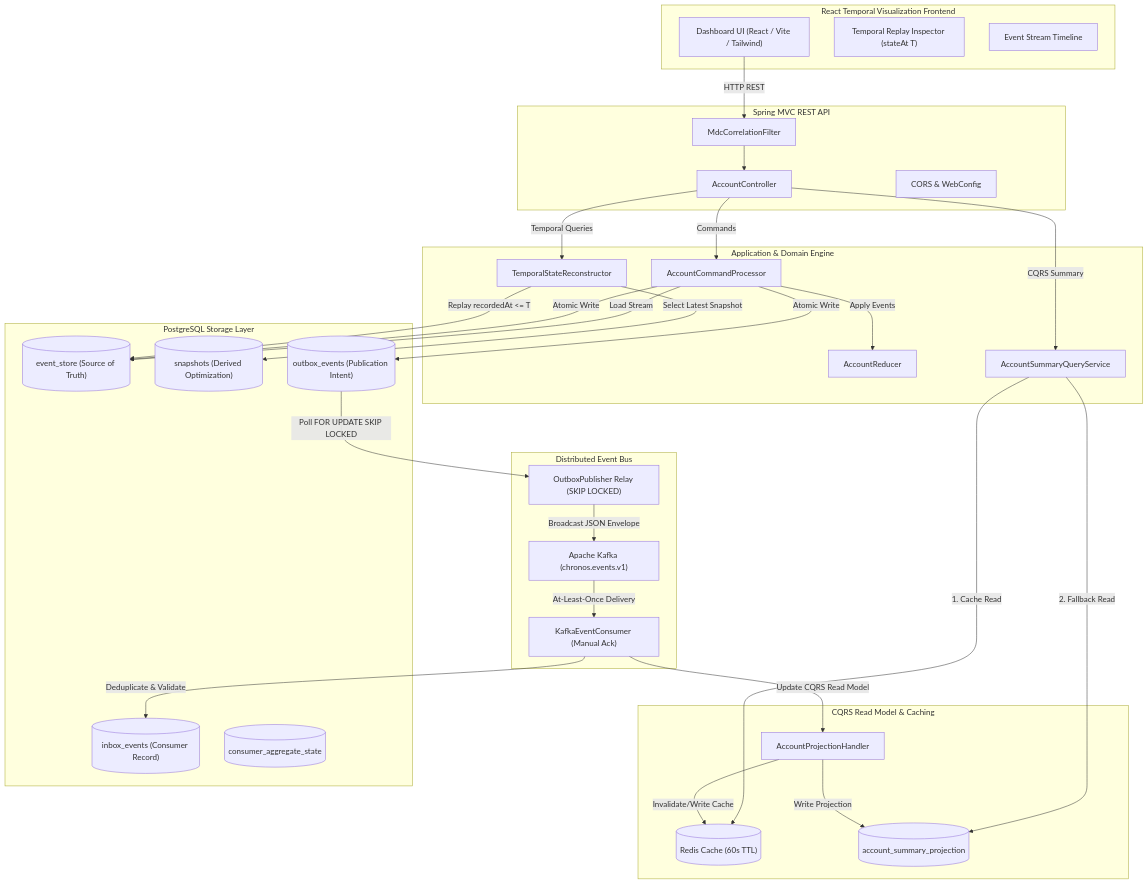
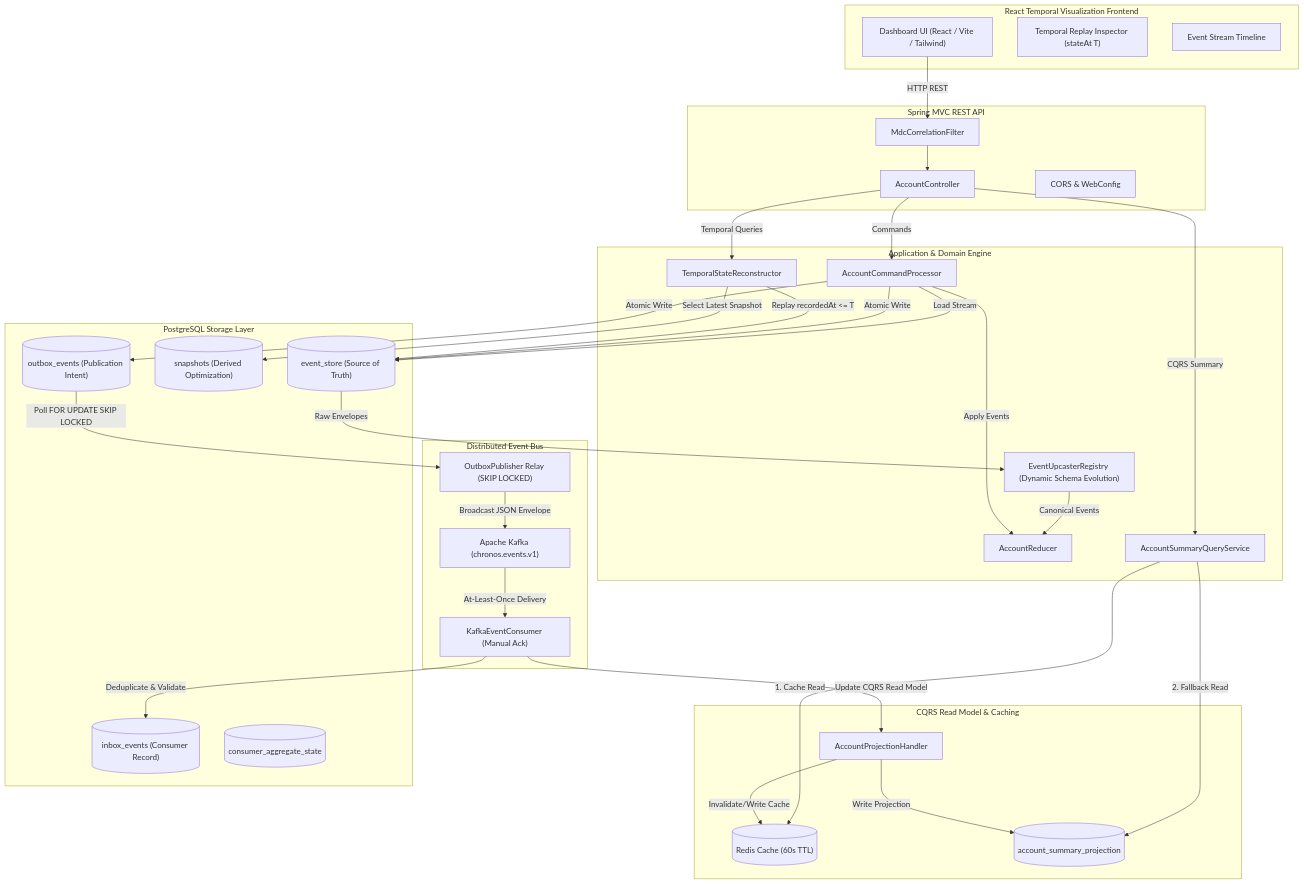
One commit to saishsanas/chronos changed the first of 2 diagrams in README.md. Above: the diagram before and after it, drawn with Mermaid. The commit also changed other lines of this file and 5 other files, not shown here.

````diff
--- a/README.md
+++ b/README.md
@@ -21,67 +21,70 @@
 ```mermaid
 flowchart TD
     subgraph UI ["React Temporal Visualization Frontend"]
         Dashboard["Dashboard UI (React / Vite / Tailwind)"]
         Inspector["Temporal Replay Inspector (stateAt T)"]
         Timeline["Event Stream Timeline"]
     end
 
     subgraph API ["Spring MVC REST API"]
         Controller["AccountController"]
         Filter["MdcCorrelationFilter"]
         WebConfig["CORS & WebConfig"]
     end
 
     subgraph DomainApp ["Application & Domain Engine"]
         Processor["AccountCommandProcessor"]
+        Upcaster["EventUpcasterRegistry (Dynamic Schema Evolution)"]
         Reducer["AccountReducer"]
         Reconstructor["TemporalStateReconstructor"]
         SummaryService["AccountSummaryQueryService"]
     end
 
     subgraph ReadModel ["CQRS Read Model & Caching"]
         RedisCache[("Redis Cache (60s TTL)")]
         ReadProjection[("account_summary_projection")]
         ProjectionHandler["AccountProjectionHandler"]
     end
 
     subgraph Persistence ["PostgreSQL Storage Layer"]
         EventStore[("event_store (Source of Truth)")]
         Snapshots[("snapshots (Derived Optimization)")]
         OutboxTable[("outbox_events (Publication Intent)")]
         InboxTable[("inbox_events (Consumer Record)")]
         SeqTable[("consumer_aggregate_state")]
     end
 
     subgraph Messaging ["Distributed Event Bus"]
         OutboxRelay["OutboxPublisher Relay (SKIP LOCKED)"]
         KafkaBus["Apache Kafka (chronos.events.v1)"]
         InboxConsumer["KafkaEventConsumer (Manual Ack)"]
     end
 
     Dashboard -->|HTTP REST| Filter
     Filter --> Controller
     Controller -->|Commands| Processor
     Controller -->|Temporal Queries| Reconstructor
     Controller -->|CQRS Summary| SummaryService
 
     SummaryService -->|1. Cache Read| RedisCache
     SummaryService -->|2. Fallback Read| ReadProjection
 
     Processor -->|Load Stream| EventStore
+    EventStore -->|Raw Envelopes| Upcaster
+    Upcaster -->|Canonical Events| Reducer
     Processor -->|Apply Events| Reducer
     Processor -->|Atomic Write| EventStore
     Processor -->|Atomic Write| OutboxTable
 
     Reconstructor -->|Select Latest Snapshot| Snapshots
     Reconstructor -->|Replay recordedAt <= T| EventStore
 
     OutboxTable -->|Poll FOR UPDATE SKIP LOCKED| OutboxRelay
     OutboxRelay -->|Broadcast JSON Envelope| KafkaBus
 
     KafkaBus -->|At-Least-Once Delivery| InboxConsumer
     InboxConsumer -->|Deduplicate & Validate| InboxTable
     InboxConsumer -->|Update CQRS Read Model| ProjectionHandler
     ProjectionHandler -->|Write Projection| ReadProjection
     ProjectionHandler -->|Invalidate/Write Cache| RedisCache
 ```
````
